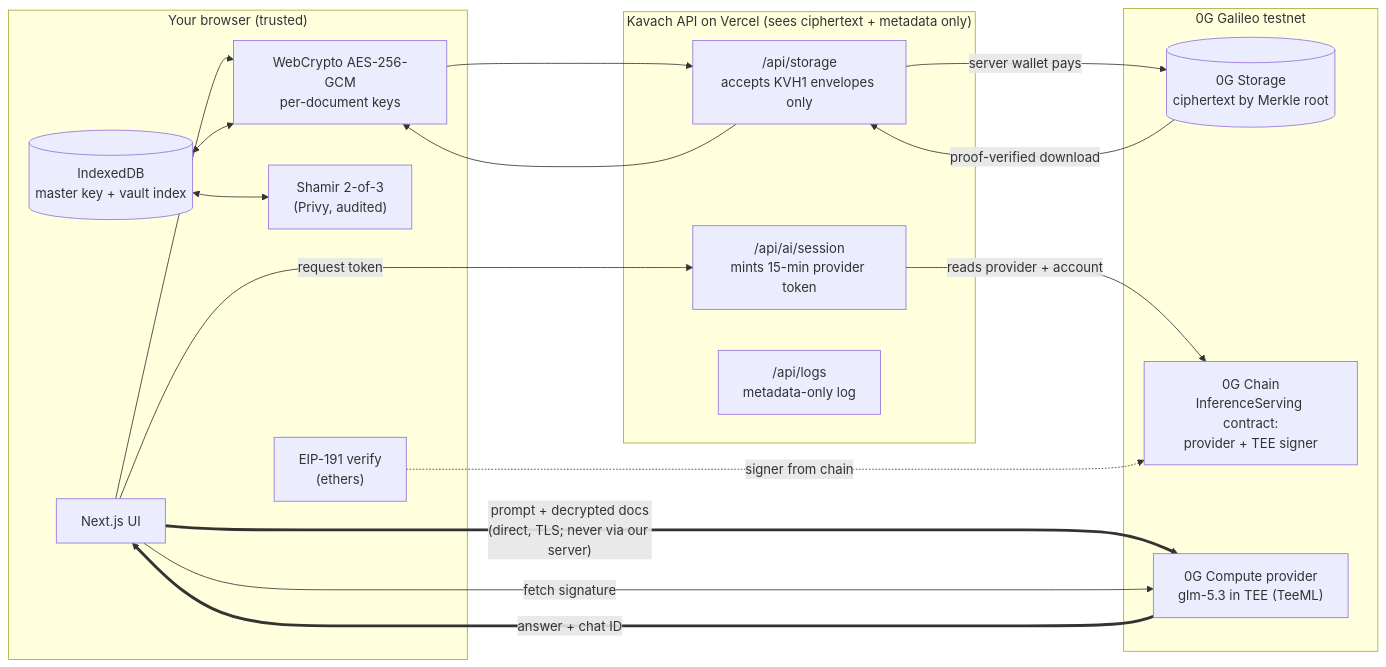
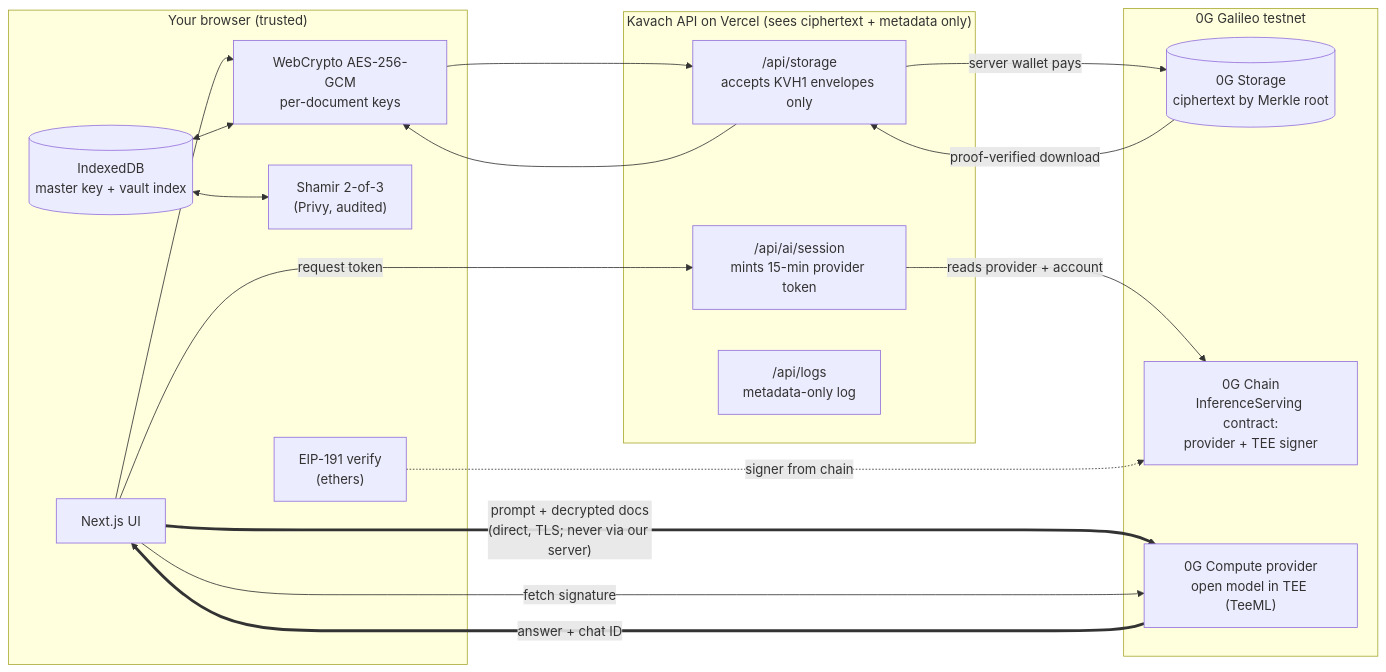
Before and after one commit to shishir18ravishankar/Kavach-AI: the diagram in README.md, drawn with Mermaid. The commit also changed other lines of this file and 14 other files, not shown here.

````diff
--- a/README.md
+++ b/README.md
@@ -31,32 +33,32 @@
 ```mermaid
 flowchart LR
   subgraph Browser["Your browser (trusted)"]
     UI[Next.js UI]
     WC["WebCrypto AES-256-GCM<br/>per-document keys"]
     IDB[("IndexedDB<br/>master key + vault index")]
     SSS["Shamir 2-of-3<br/>(Privy, audited)"]
     V["EIP-191 verify<br/>(ethers)"]
   end
 
   subgraph Server["Kavach API on Vercel (sees ciphertext + metadata only)"]
     ST["/api/storage<br/>accepts KVH1 envelopes only"]
     SE["/api/ai/session<br/>mints 15-min provider token"]
     LG["/api/logs<br/>metadata-only log"]
   end
 
   subgraph ZG["0G Galileo testnet"]
     S0[("0G Storage<br/>ciphertext by Merkle root")]
     CH["0G Chain<br/>InferenceServing contract:<br/>provider + TEE signer"]
-    TEE["0G Compute provider<br/>glm-5.3 in TEE (TeeML)"]
+    TEE["0G Compute provider<br/>open model in TEE (TeeML)"]
   end
 
   UI --> WC --> ST -->|"server wallet pays"| S0
   S0 -->|"proof-verified download"| ST --> WC
   IDB <--> WC
   IDB <--> SSS
   UI -->|"request token"| SE -->|"reads provider + account"| CH
   UI ==>|"prompt + decrypted docs<br/>(direct, TLS; never via our server)"| TEE
   TEE ==>|"answer + chat ID"| UI
   UI -->|"fetch signature"| TEE
   V -.->|"signer from chain"| CH
 ```
````
